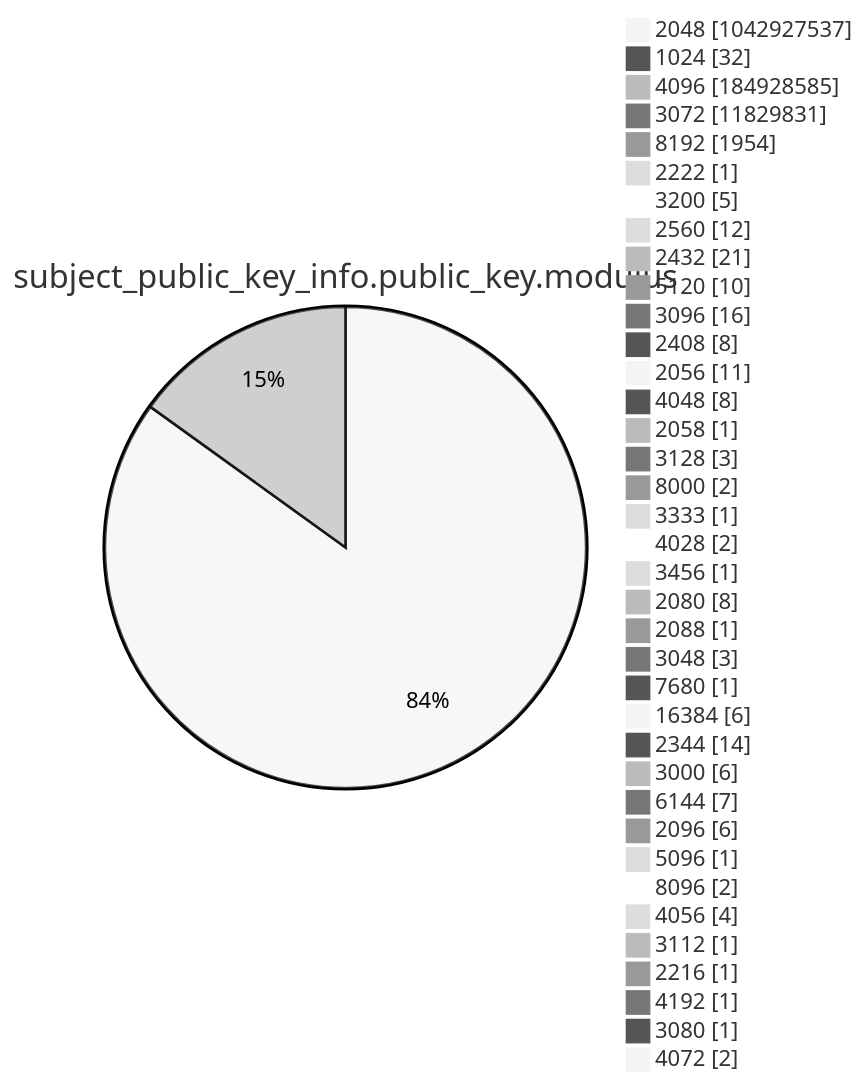
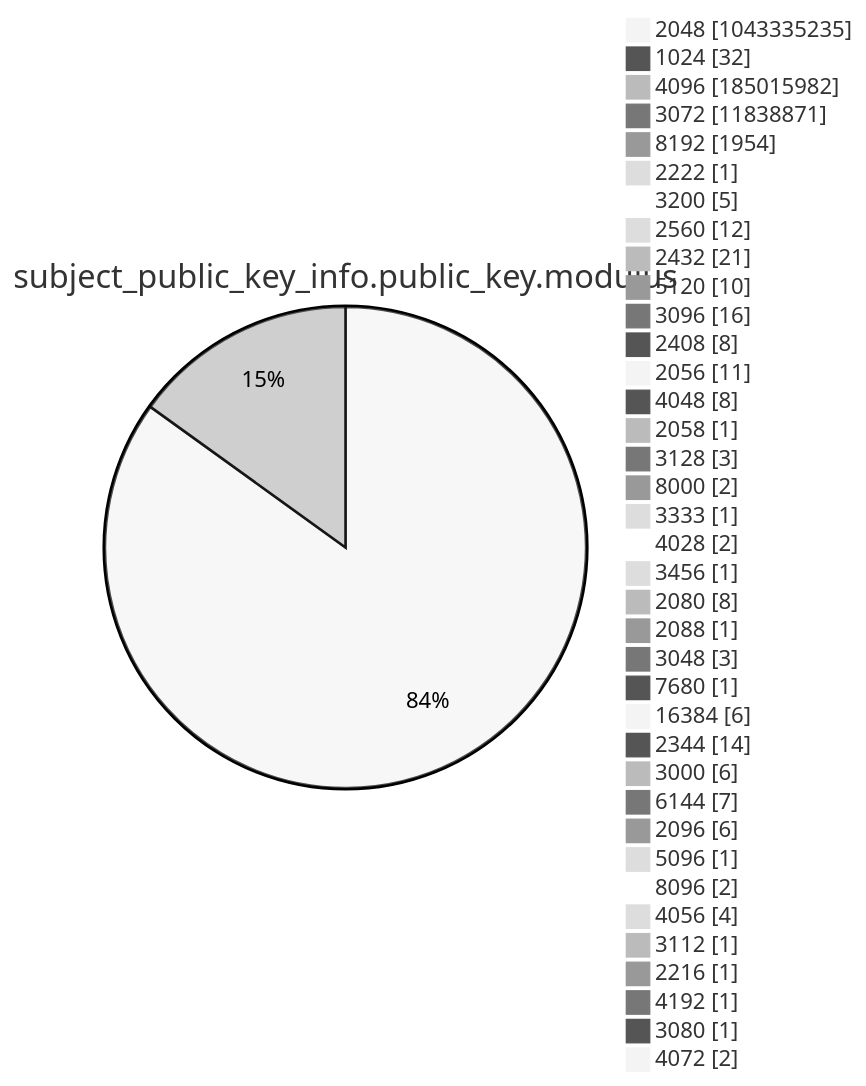
Diagram 13 of 15 in argon2022/README.md (christiankrug/ctmonitor_visualization), drawn with Mermaid (neutral theme) before and after one commit. The commit also changed other lines of this file, not shown here.

````diff
--- a/argon2022/README.md
+++ b/argon2022/README.md
@@ -3589,41 +3589,41 @@
 ```mermaid
 pie showData
 title subject_public_key_info.public_key.modulus
-"2048" :1042927537
+"2048" :1043335235
 "1024" :32
-"4096" :184928585
-"3072" :11829831
+"4096" :185015982
+"3072" :11838871
 "8192" :1954
 "2222" :1
 "3200" :5
 "2560" :12
 "2432" :21
 "5120" :10
 "3096" :16
 "2408" :8
 "2056" :11
 "4048" :8
 "2058" :1
 "3128" :3
 "8000" :2
 "3333" :1
 "4028" :2
 "3456" :1
 "2080" :8
 "2088" :1
 "3048" :3
 "7680" :1
 "16384" :6
 "2344" :14
 "3000" :6
 "6144" :7
 "2096" :6
 "5096" :1
 "8096" :2
 "4056" :4
 "3112" :1
 "2216" :1
 "4192" :1
 "3080" :1
 "4072" :2
 ```
````
